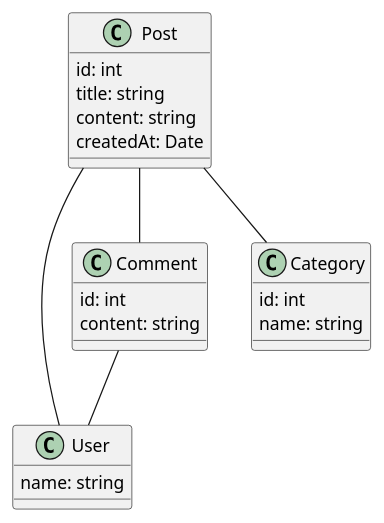
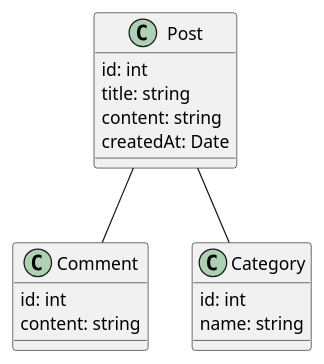
One commit to C0RR1T/pepser changed the diagram in objects.adoc. Above: the diagram before and after it, drawn with PlantUML. The commit also changed 1 other file, not shown here.

Commit message:
delete all users just like how i delete java code

```diff
--- a/objects.adoc
+++ b/objects.adoc
@@ -3,35 +3,27 @@
 [plantuml]
 ----
 @startuml
 
 class Post {
     id: int
     title: string
     content: string
     createdAt: Date
-}
-
-class User {
-    name: string
 }
 
 class Comment {
     id: int
     content: string
 }
 
 class Category {
     id: int
     name: string
 }
 
-Comment -- User
-
-Post -- User
-
 Post -- Category
 
 Post --  Comment
 
 @enduml
 ----
```
